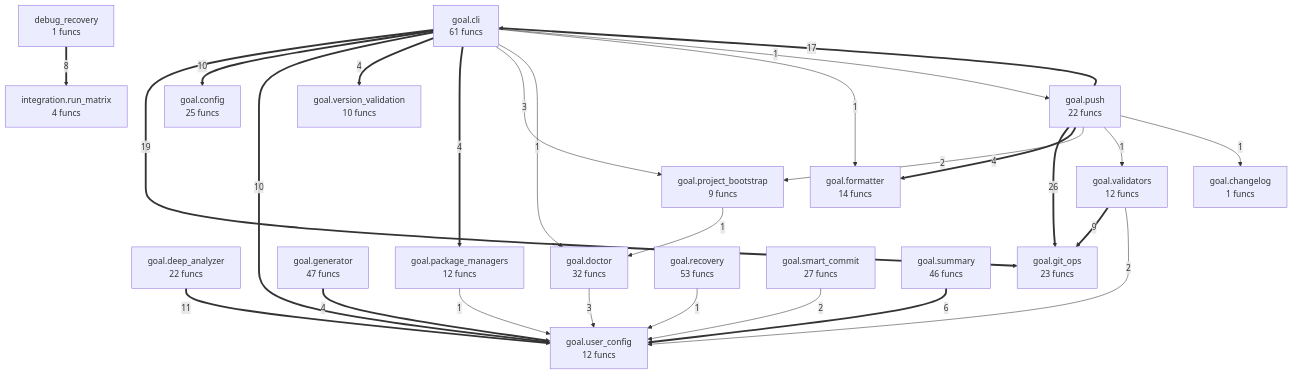
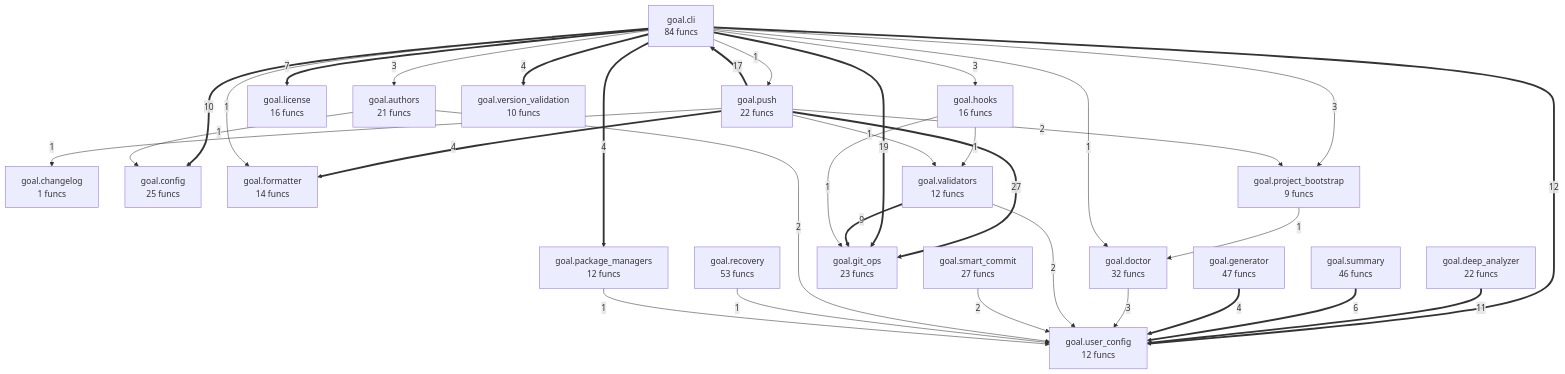
Before and after one commit to semcod/goal: the diagram in project/compact_flow.mmd, drawn with Mermaid. The commit also changed 42 other files, not shown here.

```diff
--- a/project/compact_flow.mmd
+++ b/project/compact_flow.mmd
@@ -1,46 +1,53 @@
 flowchart TD
-    debug_recovery["debug_recovery<br/>1 funcs"]
+    goal__authors["goal.authors<br/>21 funcs"]
     goal__changelog["goal.changelog<br/>1 funcs"]
-    goal__cli["goal.cli<br/>61 funcs"]
+    goal__cli["goal.cli<br/>84 funcs"]
     goal__config["goal.config<br/>25 funcs"]
     goal__deep_analyzer["goal.deep_analyzer<br/>22 funcs"]
     goal__doctor["goal.doctor<br/>32 funcs"]
     goal__formatter["goal.formatter<br/>14 funcs"]
     goal__generator["goal.generator<br/>47 funcs"]
     goal__git_ops["goal.git_ops<br/>23 funcs"]
+    goal__hooks["goal.hooks<br/>16 funcs"]
+    goal__license["goal.license<br/>16 funcs"]
     goal__package_managers["goal.package_managers<br/>12 funcs"]
     goal__project_bootstrap["goal.project_bootstrap<br/>9 funcs"]
     goal__push["goal.push<br/>22 funcs"]
     goal__recovery["goal.recovery<br/>53 funcs"]
     goal__smart_commit["goal.smart_commit<br/>27 funcs"]
     goal__summary["goal.summary<br/>46 funcs"]
     goal__user_config["goal.user_config<br/>12 funcs"]
     goal__validators["goal.validators<br/>12 funcs"]
     goal__version_validation["goal.version_validation<br/>10 funcs"]
-    integration__run_matrix["integration.run_matrix<br/>4 funcs"]
-    goal__push ==>|26| goal__git_ops
+    goal__push ==>|27| goal__git_ops
     goal__cli ==>|19| goal__git_ops
     goal__push ==>|17| goal__cli
+    goal__cli ==>|12| goal__user_config
     goal__deep_analyzer ==>|11| goal__user_config
     goal__cli ==>|10| goal__config
-    goal__cli ==>|10| goal__user_config
     goal__validators ==>|9| goal__git_ops
-    debug_recovery ==>|8| integration__run_matrix
+    goal__cli ==>|7| goal__license
     goal__summary ==>|6| goal__user_config
     goal__generator ==>|4| goal__user_config
     goal__push ==>|4| goal__formatter
     goal__cli ==>|4| goal__version_validation
     goal__cli ==>|4| goal__package_managers
+    goal__cli -->|3| goal__hooks
+    goal__cli -->|3| goal__authors
     goal__cli -->|3| goal__project_bootstrap
     goal__doctor -->|3| goal__user_config
     goal__validators -->|2| goal__user_config
     goal__push -->|2| goal__project_bootstrap
     goal__smart_commit -->|2| goal__user_config
+    goal__authors -->|2| goal__user_config
     goal__project_bootstrap -->|1| goal__doctor
+    goal__hooks -->|1| goal__git_ops
+    goal__hooks -->|1| goal__validators
     goal__push -->|1| goal__validators
+    goal__recovery -->|1| goal__user_config
     goal__cli -->|1| goal__doctor
     goal__cli -->|1| goal__formatter
-    goal__recovery -->|1| goal__user_config
     goal__cli -->|1| goal__push
     goal__package_managers -->|1| goal__user_config
+    goal__authors -->|1| goal__config
     goal__push -->|1| goal__changelog
```
